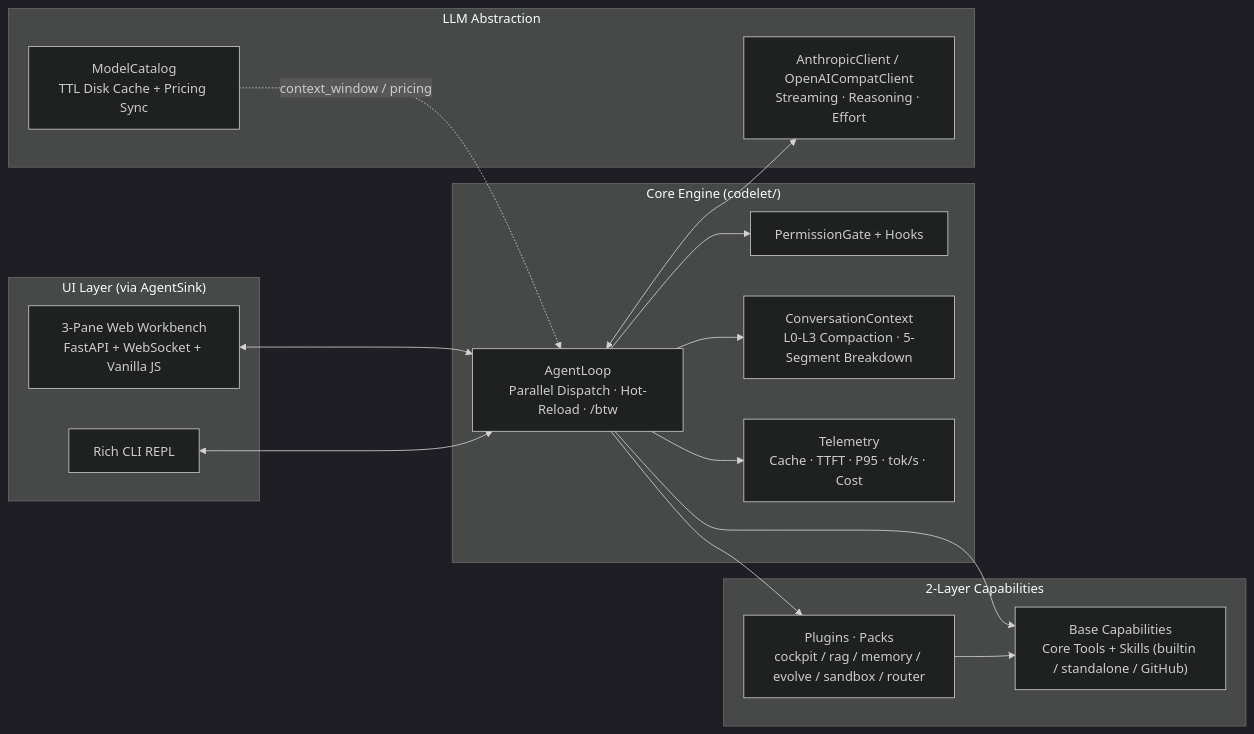
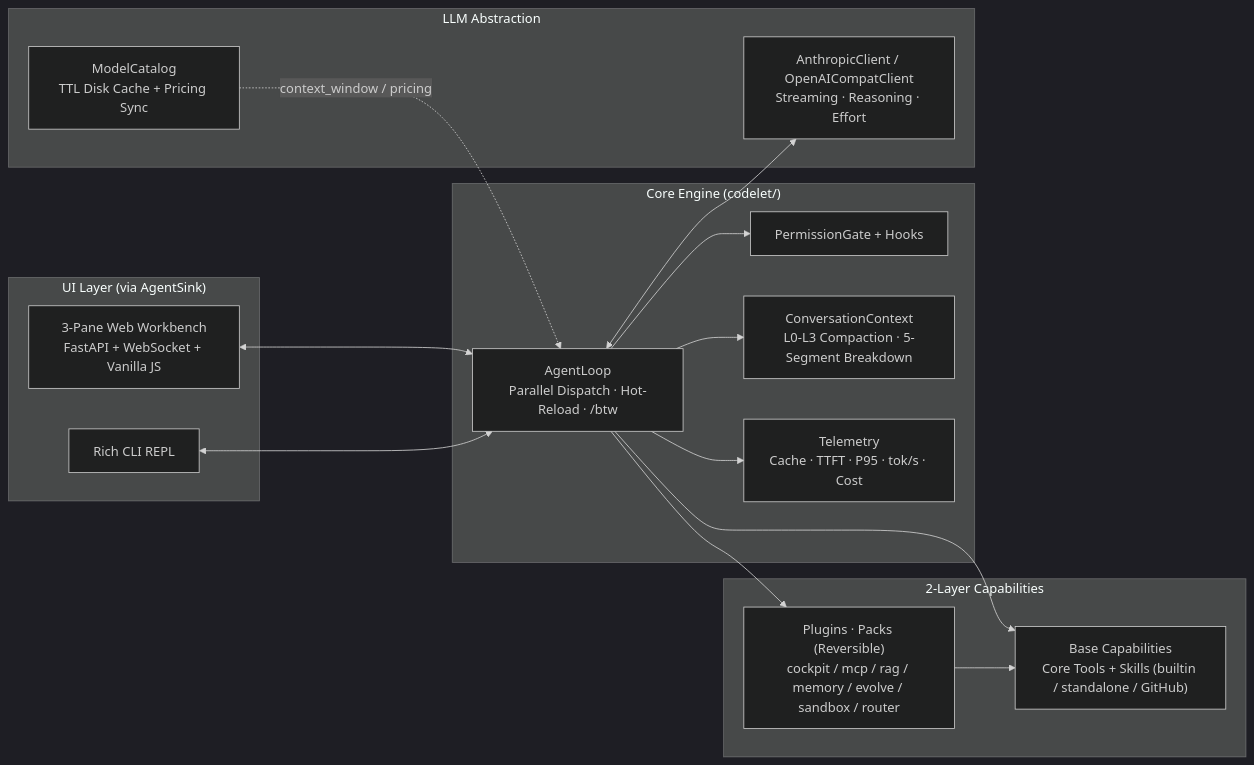
The diagram in README_EN.md (muamuauh/codelet), drawn with Mermaid (dark theme) before and after one commit. The commit also changed other lines of this file and 13 other files, not shown here.

Commit message:
feat(plugins): reversible dispose, requires ordering, MCP bridge, Creator packs & dynamic panels

````diff
--- a/README_EN.md
+++ b/README_EN.md
@@ -117,35 +117,35 @@
 ```mermaid
 flowchart LR
     subgraph UI["UI Layer (via AgentSink)"]
         CLI["Rich CLI REPL"]
         Web["3-Pane Web Workbench<br/>FastAPI + WebSocket + Vanilla JS"]
     end
 
     subgraph Core["Core Engine (codelet/)"]
         Loop["AgentLoop<br/>Parallel Dispatch · Hot-Reload · /btw"]
         Gate["PermissionGate + Hooks"]
         Ctx["ConversationContext<br/>L0-L3 Compaction · 5-Segment Breakdown"]
         Tel["Telemetry<br/>Cache · TTFT · P95 · tok/s · Cost"]
     end
 
     subgraph Caps["2-Layer Capabilities"]
-        Plugins["Plugins · Packs<br/>cockpit / rag / memory / evolve / sandbox / router"]
+        Plugins["Plugins · Packs (Reversible)<br/>cockpit / mcp / rag / memory / evolve / sandbox / router"]
         Atoms["Base Capabilities<br/>Core Tools + Skills (builtin / standalone / GitHub)"]
     end
 
     subgraph LLM["LLM Abstraction"]
         Catalog["ModelCatalog<br/>TTL Disk Cache + Pricing Sync"]
         Clients["AnthropicClient / OpenAICompatClient<br/>Streaming · Reasoning · Effort"]
     end
 
     CLI <--> Loop
     Web <--> Loop
     Loop --> Gate
     Loop --> Ctx
     Loop --> Tel
     Plugins --> Atoms
     Loop --> Plugins
     Loop --> Atoms
     Loop <--> Clients
     Catalog -.->|"context_window / pricing"| Loop
 ```
````
